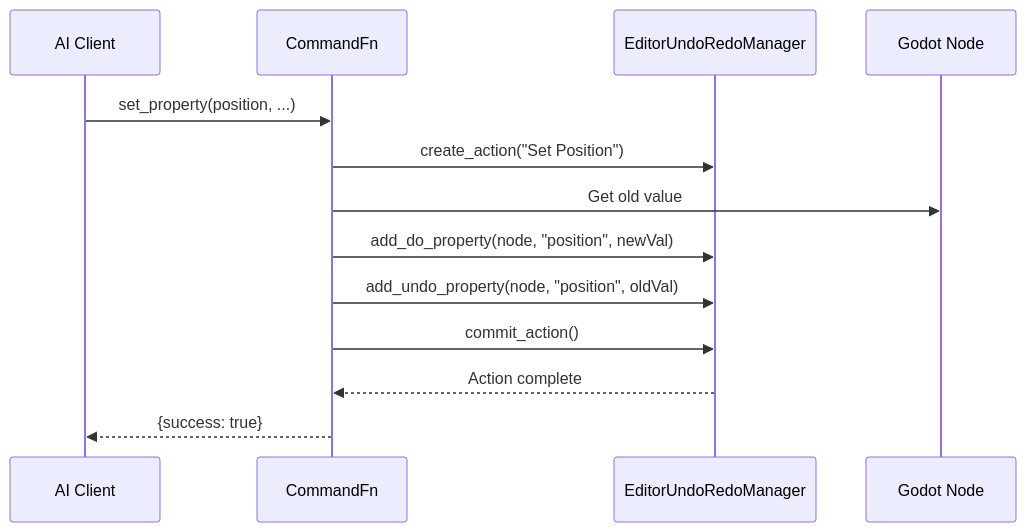
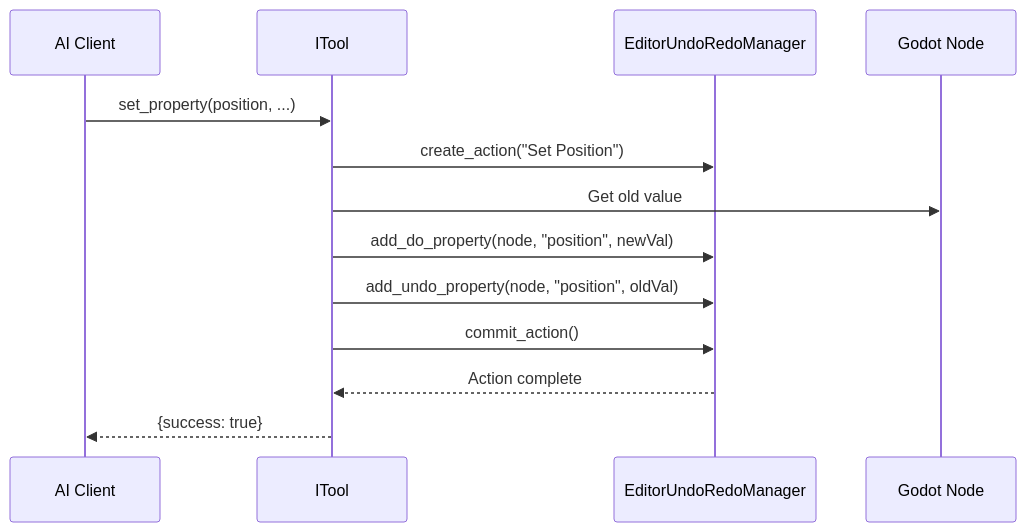
One commit to jesspig/GodotMCP-GDExtension changed the fourth of 4 diagrams in docs/en/guide/architecture.md. Above: the diagram before and after it, drawn with Mermaid. The commit also changed other lines of this file and 18 other files, not shown here.

````diff
--- a/docs/en/guide/architecture.md
+++ b/docs/en/guide/architecture.md
@@ -157,16 +185,16 @@
 ```mermaid
 sequenceDiagram
     participant AI as AI Client
-    participant Cmd as CommandFn
+    participant Tool as ITool
     participant EU as EditorUndoRedoManager
     participant Node as Godot Node
 
-    AI->>Cmd: set_property(position, ...)
-    Cmd->>EU: create_action("Set Position")
-    Cmd->>Node: Get old value
-    Cmd->>EU: add_do_property(node, "position", newVal)
-    Cmd->>EU: add_undo_property(node, "position", oldVal)
-    Cmd->>EU: commit_action()
-    EU-->>Cmd: Action complete
-    Cmd-->>AI: {success: true}
+    AI->>Tool: set_property(position, ...)
+    Tool->>EU: create_action("Set Position")
+    Tool->>Node: Get old value
+    Tool->>EU: add_do_property(node, "position", newVal)
+    Tool->>EU: add_undo_property(node, "position", oldVal)
+    Tool->>EU: commit_action()
+    EU-->>Tool: Action complete
+    Tool-->>AI: {success: true}
 ```
````
